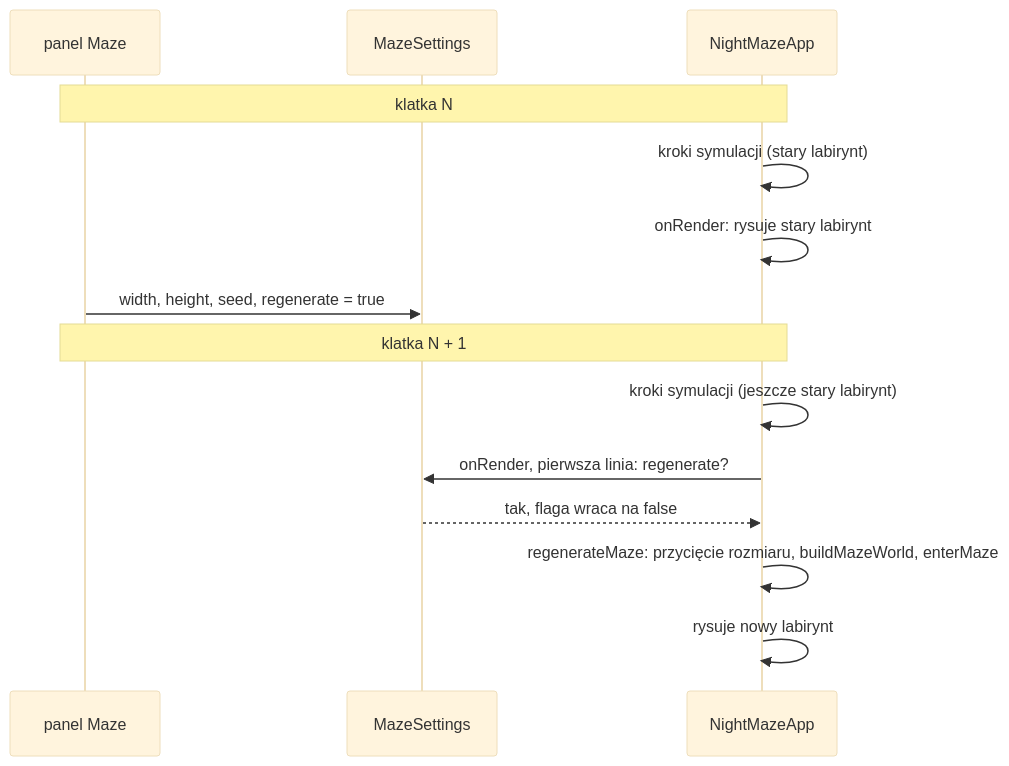
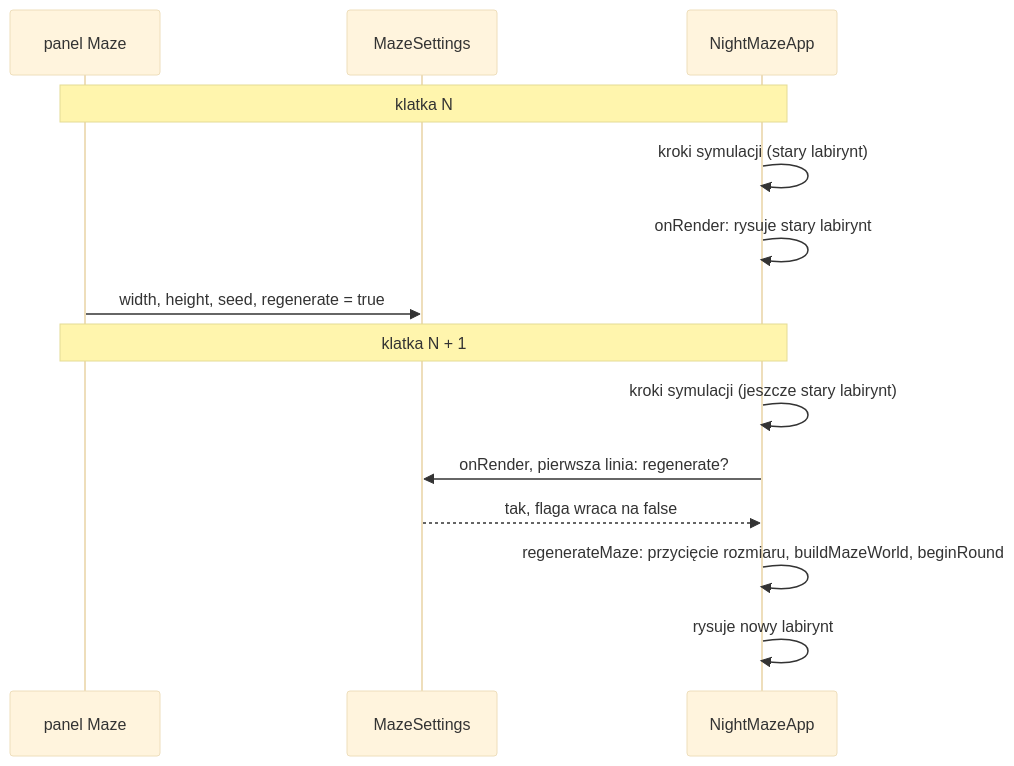
The second of 2 diagrams in docs/modules/game/maze-rendering.md (Shironex/night-maze), drawn with Mermaid (base theme) before and after one commit. The commit also changed other lines of this file and 50 other files, not shown here.

````diff
--- a/docs/modules/game/maze-rendering.md
+++ b/docs/modules/game/maze-rendering.md
@@ -132,16 +149,16 @@
 ```mermaid
 sequenceDiagram
     participant P as panel Maze
     participant S as MazeSettings
     participant A as NightMazeApp
     Note over P,A: klatka N
     A->>A: kroki symulacji (stary labirynt)
     A->>A: onRender: rysuje stary labirynt
     P->>S: width, height, seed, regenerate = true
     Note over P,A: klatka N + 1
     A->>A: kroki symulacji (jeszcze stary labirynt)
     A->>S: onRender, pierwsza linia: regenerate?
     S-->>A: tak, flaga wraca na false
-    A->>A: regenerateMaze: przycięcie rozmiaru, buildMazeWorld, enterMaze
+    A->>A: regenerateMaze: przycięcie rozmiaru, buildMazeWorld, beginRound
     A->>A: rysuje nowy labirynt
 ```
````
